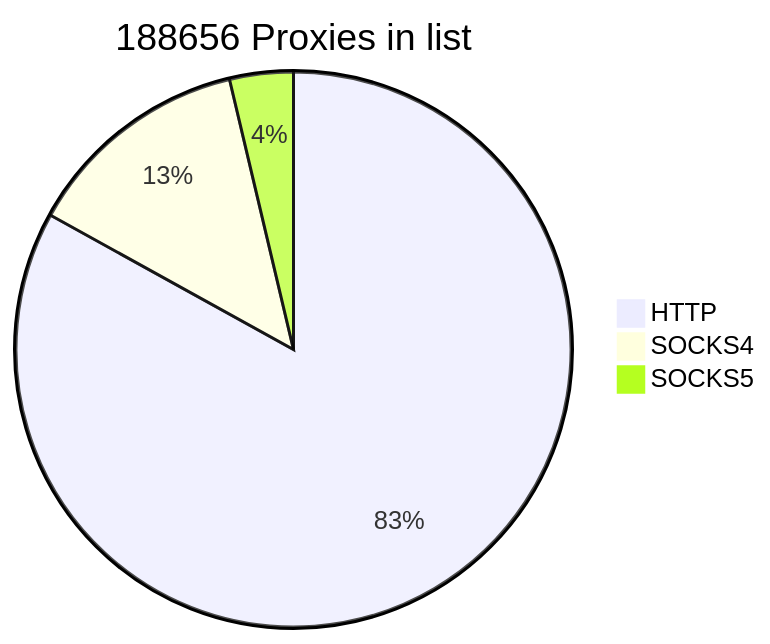
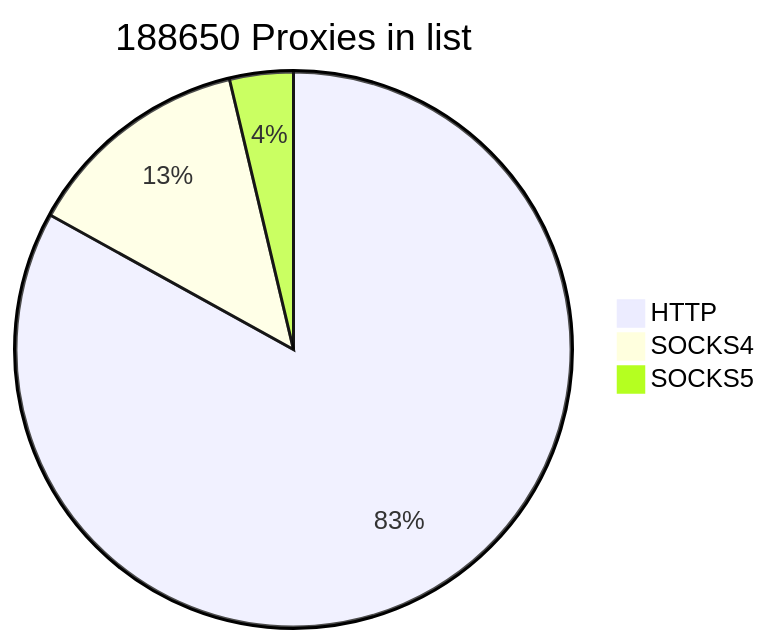
One commit to cutipu/proxylist changed the first of 2 diagrams in README.md. Above: the diagram before and after it, drawn with Mermaid. The commit also changed other lines of this file, not shown here.

````diff
--- a/README.md
+++ b/README.md
@@ -2,7 +2,7 @@
 ```mermaid
-pie title 188656 Proxies in list
-    "HTTP" : 156654
+pie title 188650 Proxies in list
+    "HTTP" : 156648
     "SOCKS4" : 25019
     "SOCKS5" : 6983
             
 ```
````
